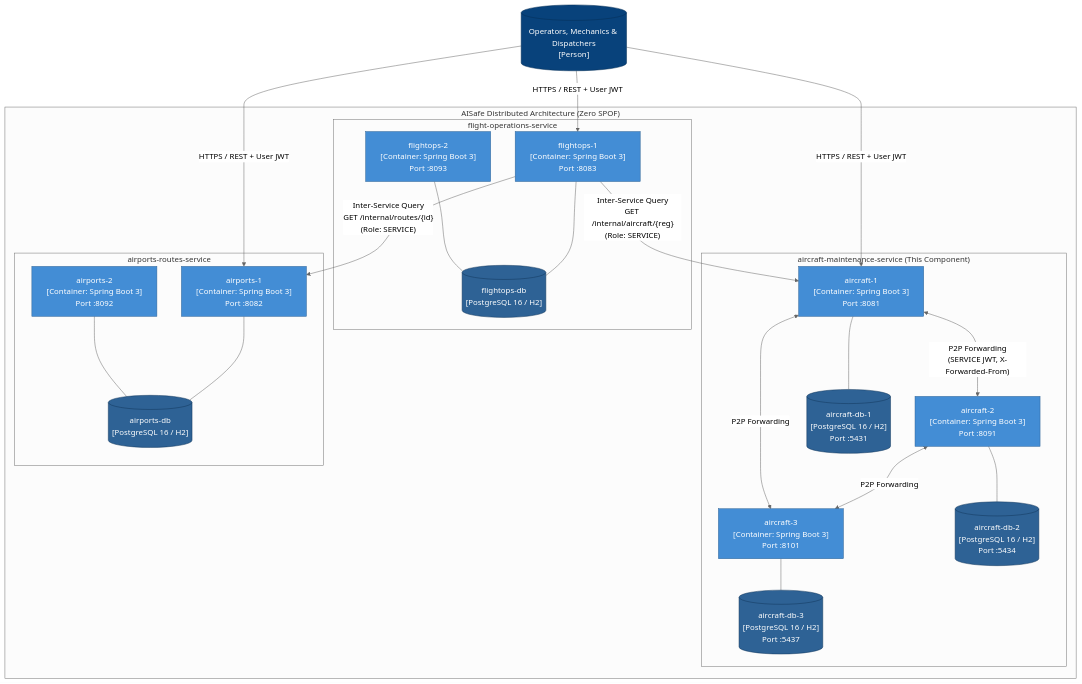
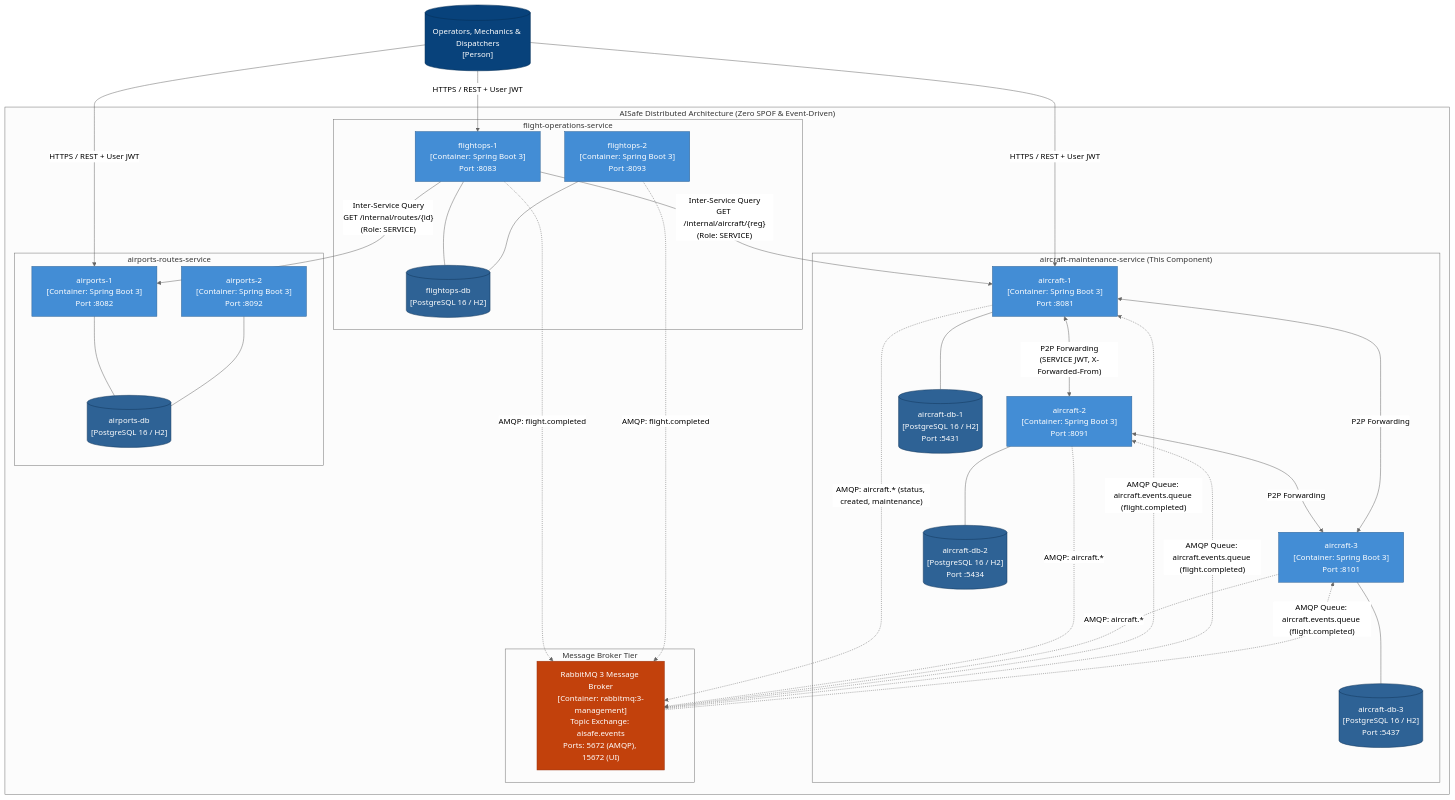
The third of 8 diagrams in docs/C4-Model.md (ImJay1527/aircraft-maintenance-service), drawn with Mermaid (neutral theme) before and after one commit. The commit also changed other lines of this file and 4 other files, not shown here.

Commit message:
docs(c4-amqp): update C4 model diagrams, AMQP contract, and test metrics to 163 tests

````diff
--- a/docs/C4-Model.md
+++ b/docs/C4-Model.md
@@ -95,49 +95,64 @@
 ```mermaid
 %% C4 Level 2 - Container Diagram
 flowchart TB
     classDef person fill:#08427b,stroke:#052e56,color:#fff;
     classDef container fill:#438dd5,stroke:#2e6295,color:#fff;
     classDef db fill:#2e6295,stroke:#11365c,color:#fff,shape:cylinder;
+    classDef broker fill:#c2410c,stroke:#9a3412,color:#fff;
 
     Users[("Operators, Mechanics & Dispatchers<br/>[Person]")]:::person
 
-    subgraph AISafe["AISafe Distributed Architecture (Zero SPOF)"]
+    subgraph AISafe["AISafe Distributed Architecture (Zero SPOF & Event-Driven)"]
         subgraph AM_Cluster["aircraft-maintenance-service (This Component)"]
             am1["aircraft-1<br/>[Container: Spring Boot 3]<br/>Port :8081"]:::container
             am2["aircraft-2<br/>[Container: Spring Boot 3]<br/>Port :8091"]:::container
             am3["aircraft-3<br/>[Container: Spring Boot 3]<br/>Port :8101"]:::container
             db_am1[("aircraft-db-1<br/>[PostgreSQL 16 / H2]<br/>Port :5431")]:::db
             db_am2[("aircraft-db-2<br/>[PostgreSQL 16 / H2]<br/>Port :5434")]:::db
             db_am3[("aircraft-db-3<br/>[PostgreSQL 16 / H2]<br/>Port :5437")]:::db
             am1 --- db_am1
             am2 --- db_am2
             am3 --- db_am3
             am1 <-->|"P2P Forwarding<br/>(SERVICE JWT, X-Forwarded-From)"| am2
             am2 <-->|"P2P Forwarding"| am3
             am1 <-->|"P2P Forwarding"| am3
+        end
+
+        subgraph Broker_Cluster["Message Broker Tier"]
+            rmq["RabbitMQ 3 Message Broker<br/>[Container: rabbitmq:3-management]<br/>Topic Exchange: aisafe.events<br/>Ports: 5672 (AMQP), 15672 (UI)"]:::broker
         end
 
         subgraph FO_Cluster["flight-operations-service"]
             fo1["flightops-1<br/>[Container: Spring Boot 3]<br/>Port :8083"]:::container
             fo2["flightops-2<br/>[Container: Spring Boot 3]<br/>Port :8093"]:::container
             db_fo[("flightops-db<br/>[PostgreSQL 16 / H2]")]:::db
             fo1 --- db_fo
             fo2 --- db_fo
         end
 
         subgraph AR_Cluster["airports-routes-service"]
             ar1["airports-1<br/>[Container: Spring Boot 3]<br/>Port :8082"]:::container
             ar2["airports-2<br/>[Container: Spring Boot 3]<br/>Port :8092"]:::container
             db_ar[("airports-db<br/>[PostgreSQL 16 / H2]")]:::db
             ar1 --- db_ar
             ar2 --- db_ar
         end
     end
 
     Users -->|"HTTPS / REST + User JWT"| am1
     Users -->|"HTTPS / REST + User JWT"| fo1
     Users -->|"HTTPS / REST + User JWT"| ar1
 
     fo1 -->|"Inter-Service Query<br/>GET /internal/aircraft/{reg}<br/>(Role: SERVICE)"| am1
     fo1 -->|"Inter-Service Query<br/>GET /internal/routes/{id}<br/>(Role: SERVICE)"| ar1
+
+    am1 -.->|"AMQP: aircraft.* (status, created, maintenance)"| rmq
+    am2 -.->|"AMQP: aircraft.*"| rmq
+    am3 -.->|"AMQP: aircraft.*"| rmq
+    rmq -.->|"AMQP Queue: aircraft.events.queue (flight.completed)"| am1
+    rmq -.->|"AMQP Queue: aircraft.events.queue (flight.completed)"| am2
+    rmq -.->|"AMQP Queue: aircraft.events.queue (flight.completed)"| am3
+
+    fo1 -.->|"AMQP: flight.completed"| rmq
+    fo2 -.->|"AMQP: flight.completed"| rmq
 ```
````
